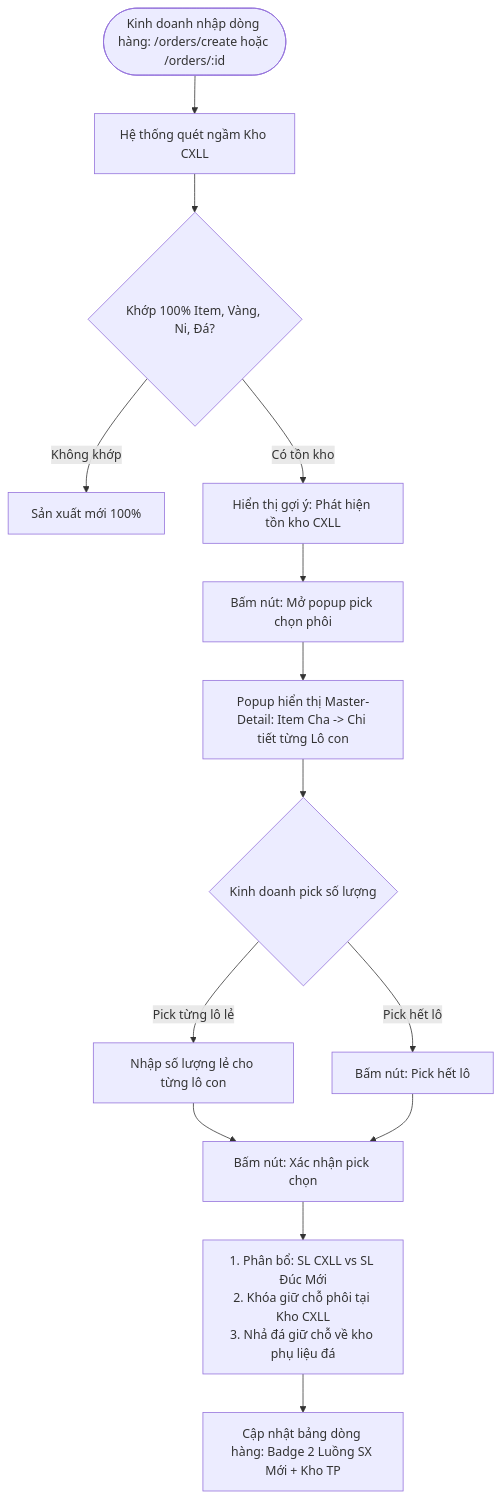
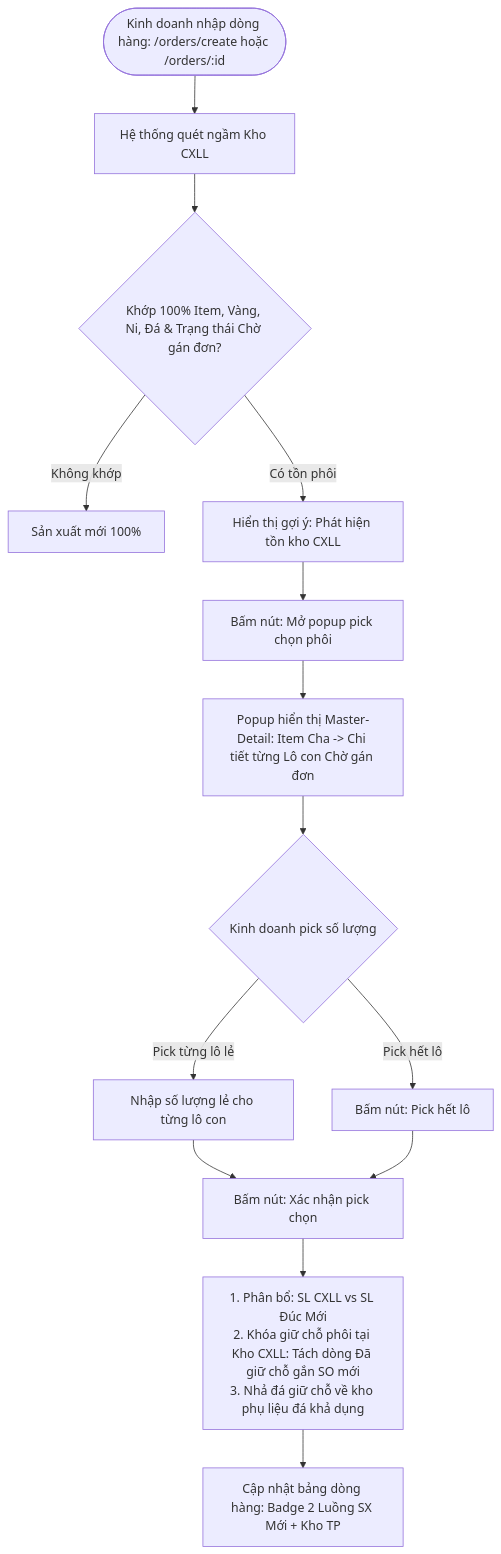
Before and after one commit to midumidu1213-collab/order-prototype: the diagram in docs/user-stories/US-DH-04-chon-item-kho-thanh-pham-cho-xu-ly-lai.md, drawn with Mermaid. The commit also changed other lines of this file and 3 other files, not shown here.

````diff
--- a/docs/user-stories/US-DH-04-chon-item-kho-thanh-pham-cho-xu-ly-lai.md
+++ b/docs/user-stories/US-DH-04-chon-item-kho-thanh-pham-cho-xu-ly-lai.md
@@ -82,20 +99,20 @@
 ```mermaid
 flowchart TD
     Start([Kinh doanh nhập dòng hàng: /orders/create hoặc /orders/:id]) --> Scan[Hệ thống quét ngầm Kho CXLL]
-    Scan --> CheckMatch{Khớp 100% Item, Vàng, Ni, Đá?}
+    Scan --> CheckMatch{Khớp 100% Item, Vàng, Ni, Đá & Trạng thái Chờ gán đơn?}
     CheckMatch -->|Không khớp| Normal[Sản xuất mới 100%]
-    CheckMatch -->|Có tồn kho| ShowBanner[Hiển thị gợi ý: Phát hiện tồn kho CXLL]
+    CheckMatch -->|Có tồn phôi| ShowBanner[Hiển thị gợi ý: Phát hiện tồn kho CXLL]
     
     ShowBanner --> ClickOpen[Bấm nút: Mở popup pick chọn phôi]
-    ClickOpen --> OpenPopup[Popup hiển thị Master-Detail: Item Cha -> Chi tiết từng Lô con]
+    ClickOpen --> OpenPopup[Popup hiển thị Master-Detail: Item Cha -> Chi tiết từng Lô con Chờ gán đơn]
     
     OpenPopup --> PickChoice{Kinh doanh pick số lượng}
     PickChoice -->|Pick từng lô lẻ| InputLot[Nhập số lượng lẻ cho từng lô con]
     PickChoice -->|Pick hết lô| PickAll[Bấm nút: Pick hết lô]
     
     InputLot --> ClickConfirm[Bấm nút: Xác nhận pick chọn]
     PickAll --> ClickConfirm
     
-    ClickConfirm --> Execute[1. Phân bổ: SL CXLL vs SL Đúc Mới<br>2. Khóa giữ chỗ phôi tại Kho CXLL<br>3. Nhả đá giữ chỗ về kho phụ liệu đá]
+    ClickConfirm --> Execute[1. Phân bổ: SL CXLL vs SL Đúc Mới<br>2. Khóa giữ chỗ phôi tại Kho CXLL: Tách dòng Đã giữ chỗ gắn SO mới<br>3. Nhả đá giữ chỗ về kho phụ liệu đá khả dụng]
     Execute --> UpdateOrderTable[Cập nhật bảng dòng hàng: Badge 2 Luồng SX Mới + Kho TP]
 ```
````
